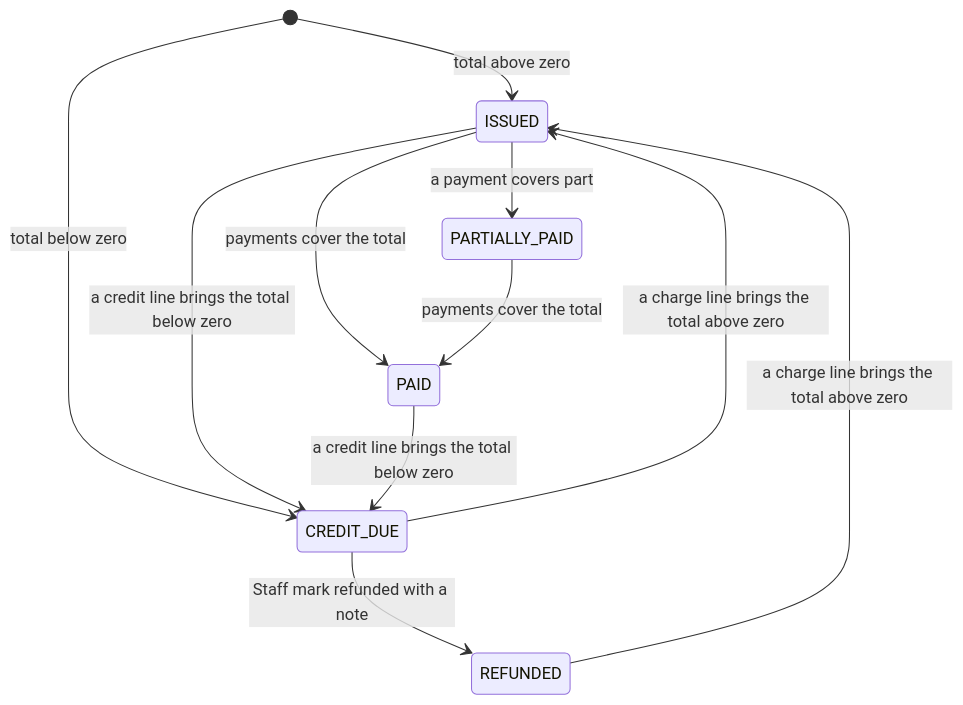
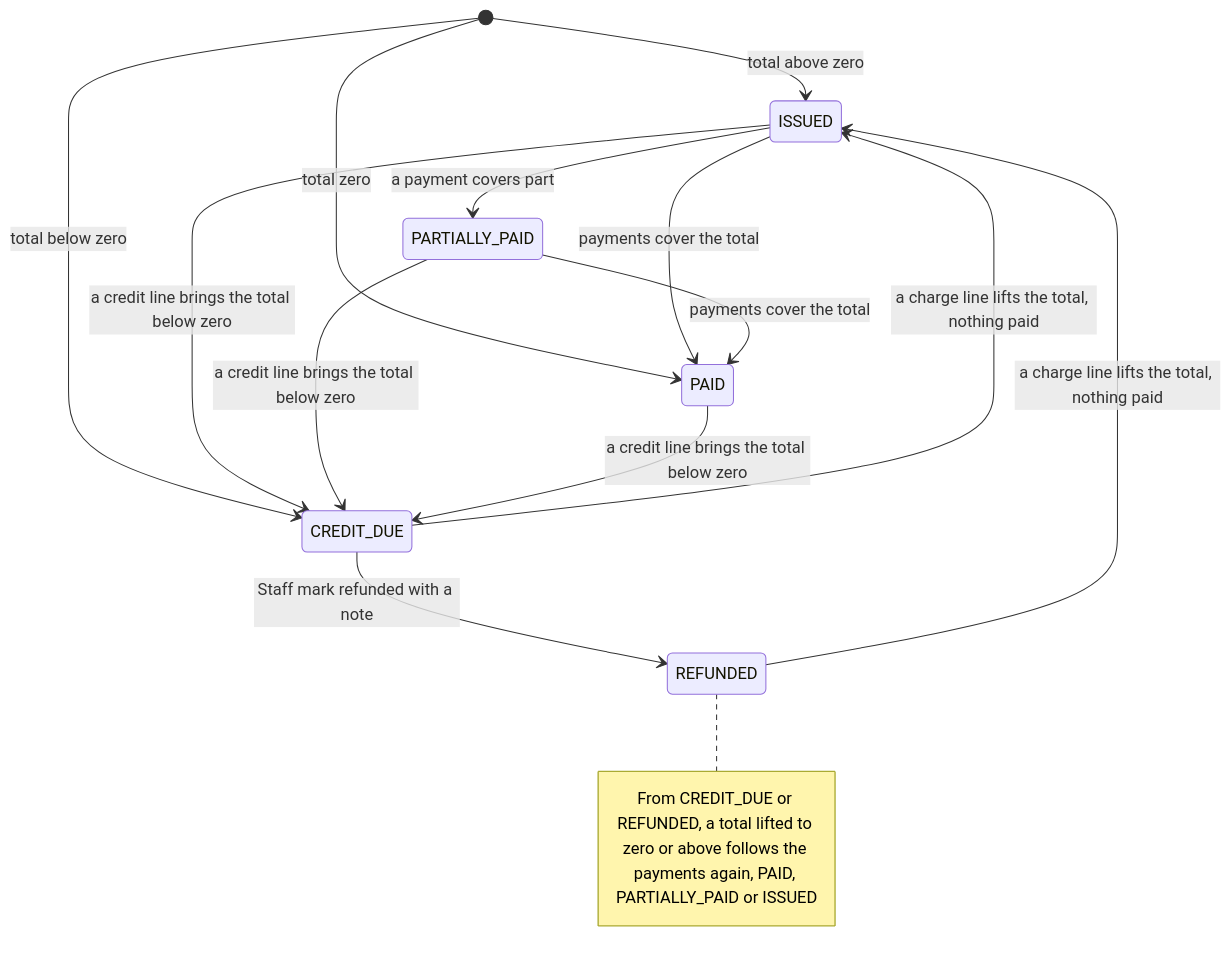
One commit to TrekLink-Team/treklink-web changed diagram 18 of 18 in specs/billing/design.md. Above: the diagram before and after it, drawn with Mermaid. The commit also changed 1 other file, not shown here.

Commit message:
docs: match Figure 11 to the invoice status rule and add D-100 to the counter screen
Figure 11 now starts a zero total as PAID, lets a partly paid invoice
fall to CREDIT_DUE, and notes that a total lifted to zero or above
follows the payments again. Screen 5.4 gains the exposed-key data,
the Re-provision action and its state.

Checksum: cabcfdbf7b8dc013bd502cb3c637244651abc740222c0db0eea5c7de2fe1cc8eb8

````diff
--- a/specs/billing/design.md
+++ b/specs/billing/design.md
@@ -994,13 +994,16 @@
 ```mermaid
 stateDiagram-v2
     [*] --> ISSUED: total above zero
+    [*] --> PAID: total zero
     [*] --> CREDIT_DUE: total below zero
     ISSUED --> PARTIALLY_PAID: a payment covers part
     ISSUED --> PAID: payments cover the total
     PARTIALLY_PAID --> PAID: payments cover the total
     ISSUED --> CREDIT_DUE: a credit line brings the total below zero
+    PARTIALLY_PAID --> CREDIT_DUE: a credit line brings the total below zero
     PAID --> CREDIT_DUE: a credit line brings the total below zero
     CREDIT_DUE --> REFUNDED: Staff mark refunded with a note
-    CREDIT_DUE --> ISSUED: a charge line brings the total above zero
-    REFUNDED --> ISSUED: a charge line brings the total above zero
+    CREDIT_DUE --> ISSUED: a charge line lifts the total, nothing paid
+    REFUNDED --> ISSUED: a charge line lifts the total, nothing paid
+    note right of REFUNDED: From CREDIT_DUE or REFUNDED, a total lifted to zero or above follows the payments again, PAID, PARTIALLY_PAID or ISSUED
 ```
````
